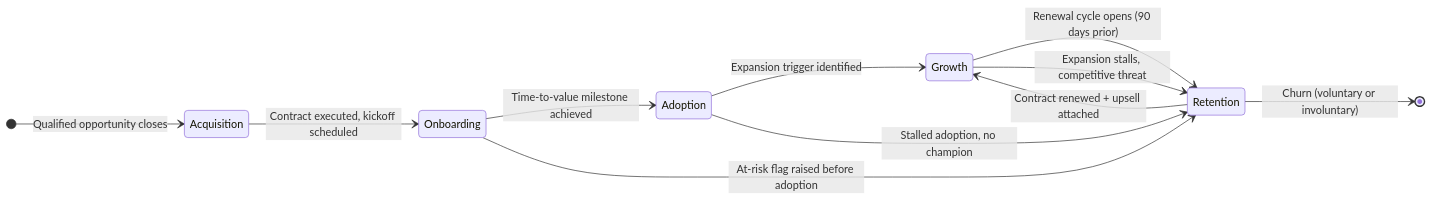
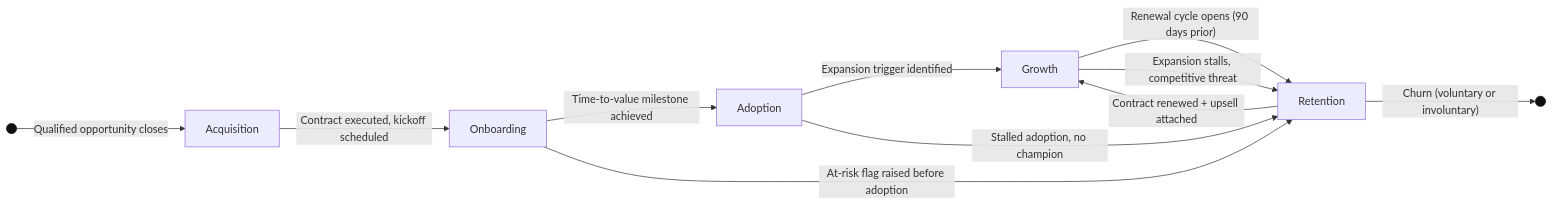
One commit to blebleblee/synapse changed the diagram in topics/business/management/account_management/lesson_01_account_lifecycle_fundamentals.md. Above: the diagram before and after it, drawn with Mermaid. The commit also changed 1464 other files, not shown here.

Commit message:
feat(release): curriculum vector mermaid upgrade, render hardening, and master synpack

````diff
--- a/topics/business/management/account_management/lesson_01_account_lifecycle_fundamentals.md
+++ b/topics/business/management/account_management/lesson_01_account_lifecycle_fundamentals.md
@@ -27,17 +27,24 @@
 ```mermaid
-stateDiagram-v2
-    direction LR
+flowchart LR
+    START((" ")):::startEnd
+    ACQ["Acquisition"]
+    ONB["Onboarding"]
+    ADP["Adoption"]
+    GRW["Growth"]
+    RET["Retention"]
+    END((" ")):::startEnd
 
-    [*] --> Acquisition : Qualified opportunity closes
+    START -->|"Qualified opportunity closes"| ACQ
+    ACQ -->|"Contract executed, kickoff scheduled"| ONB
+    ONB -->|"Time-to-value milestone achieved"| ADP
+    ADP -->|"Expansion trigger identified"| GRW
+    GRW -->|"Renewal cycle opens (90 days prior)"| RET
+    RET -->|"Contract renewed + upsell attached"| GRW
+    RET -->|"Churn (voluntary or involuntary)"| END
 
-    Acquisition --> Onboarding : Contract executed, kickoff scheduled
-    Onboarding --> Adoption : Time-to-value milestone achieved
-    Adoption --> Growth : Expansion trigger identified
-    Growth --> Retention : Renewal cycle opens (90 days prior)
-    Retention --> Growth : Contract renewed + upsell attached
-    Retention --> [*] : Churn (voluntary or involuntary)
+    ONB -->|"At-risk flag raised before adoption"| RET
+    ADP -->|"Stalled adoption, no champion"| RET
+    GRW -->|"Expansion stalls, competitive threat"| RET
 
-    Onboarding --> Retention : At-risk flag raised before adoption
-    Adoption --> Retention : Stalled adoption, no champion
-    Growth --> Retention : Expansion stalls, competitive threat
+    classDef startEnd fill:#111,stroke:#111,color:#111,width:12px,height:12px
 ```
````
